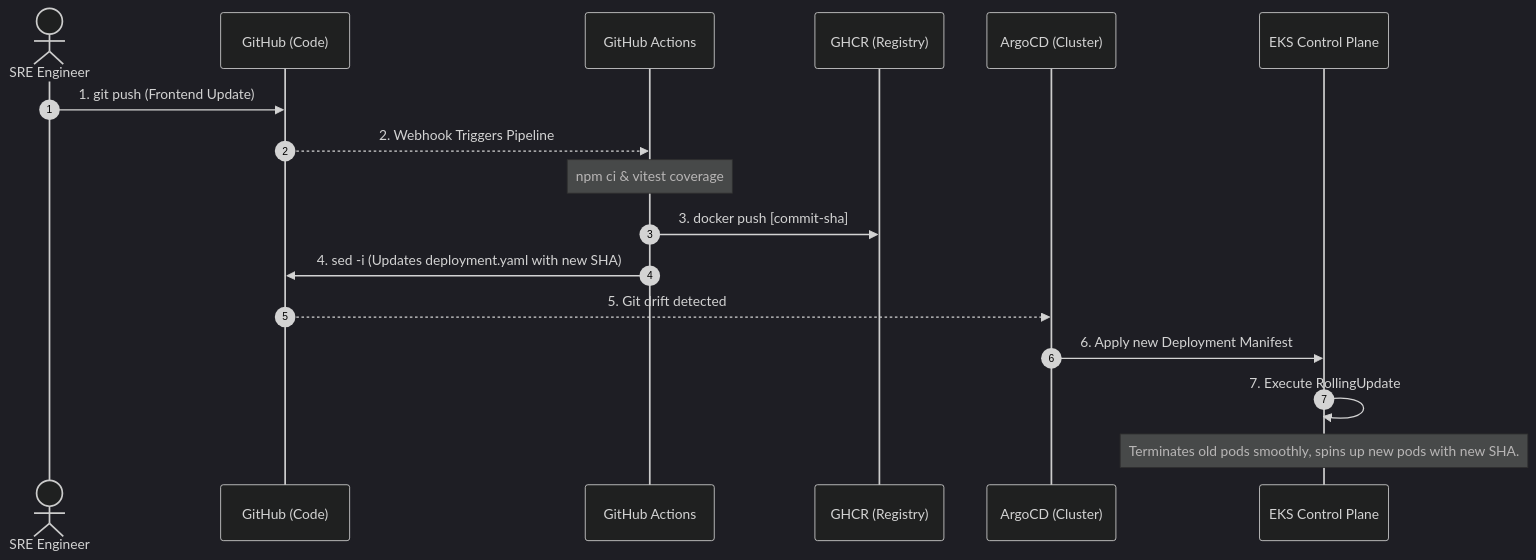
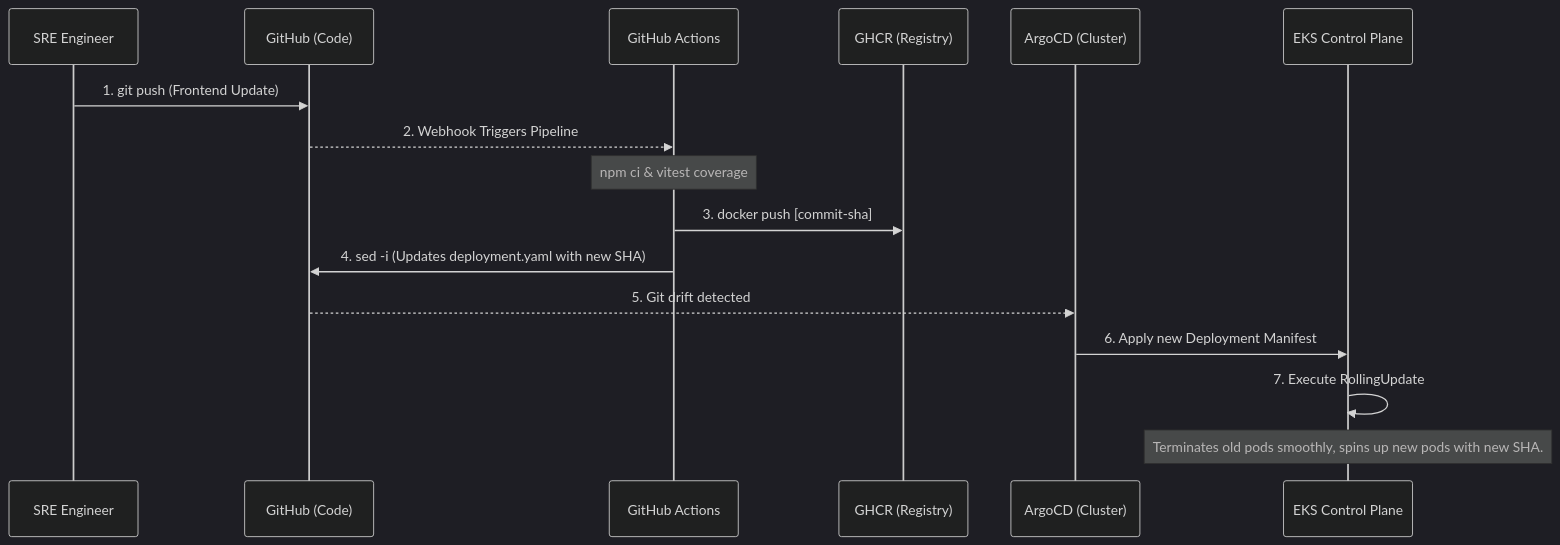
The third of 3 diagrams in docs/report/Cloud_Sentinel_Final_Report.md (charan21042005/cloud-sentinel-platform), drawn with Mermaid (dark theme) before and after one commit.

Commit message:
docs: remove unsupported mermaid keywords for backward compatibility

````diff
--- a/docs/report/Cloud_Sentinel_Final_Report.md
+++ b/docs/report/Cloud_Sentinel_Final_Report.md
@@ -231,20 +231,19 @@
 ```mermaid
 sequenceDiagram
-    autonumber
-    actor Dev as SRE Engineer
+    participant Dev as SRE Engineer
     participant Git as GitHub (Code)
     participant CI as GitHub Actions
     participant Reg as GHCR (Registry)
     participant Argo as ArgoCD (Cluster)
     participant K8s as EKS Control Plane
     
     Dev->>Git: 1. git push (Frontend Update)
     Git-->>CI: 2. Webhook Triggers Pipeline
     Note over CI: npm ci & vitest coverage
     CI->>Reg: 3. docker push [commit-sha]
     CI->>Git: 4. sed -i (Updates deployment.yaml with new SHA)
     Git-->>Argo: 5. Git drift detected
     Argo->>K8s: 6. Apply new Deployment Manifest
     K8s->>K8s: 7. Execute RollingUpdate
     Note over K8s: Terminates old pods smoothly, spins up new pods with new SHA.
 ```
````
